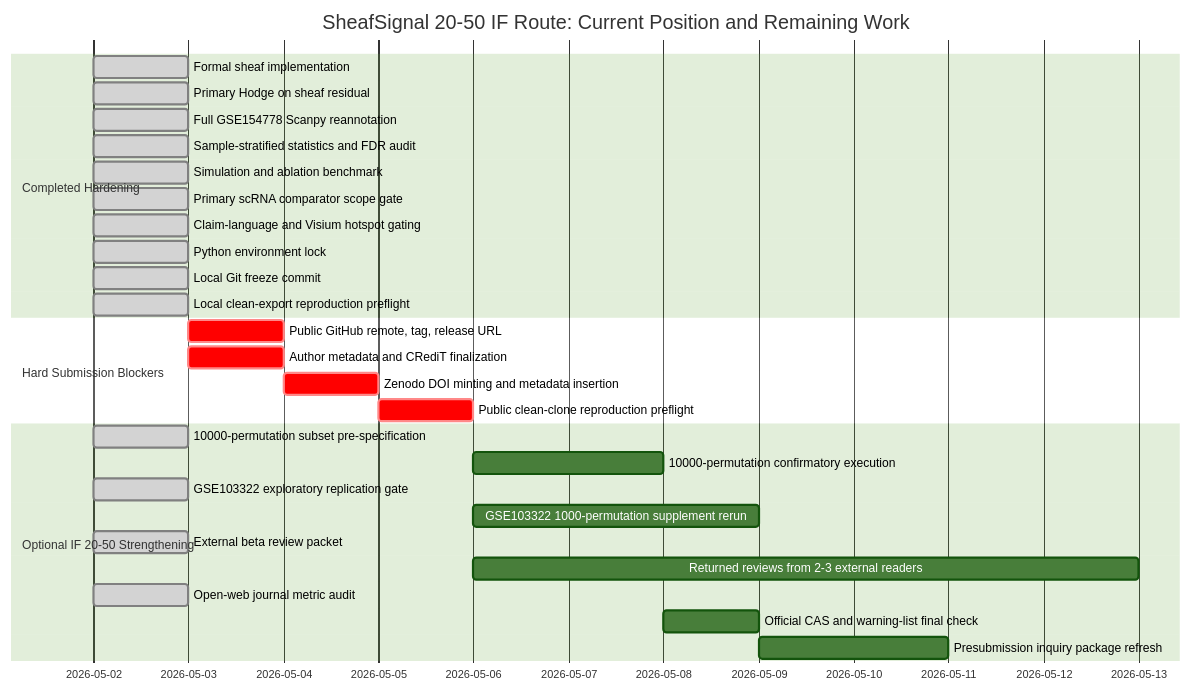
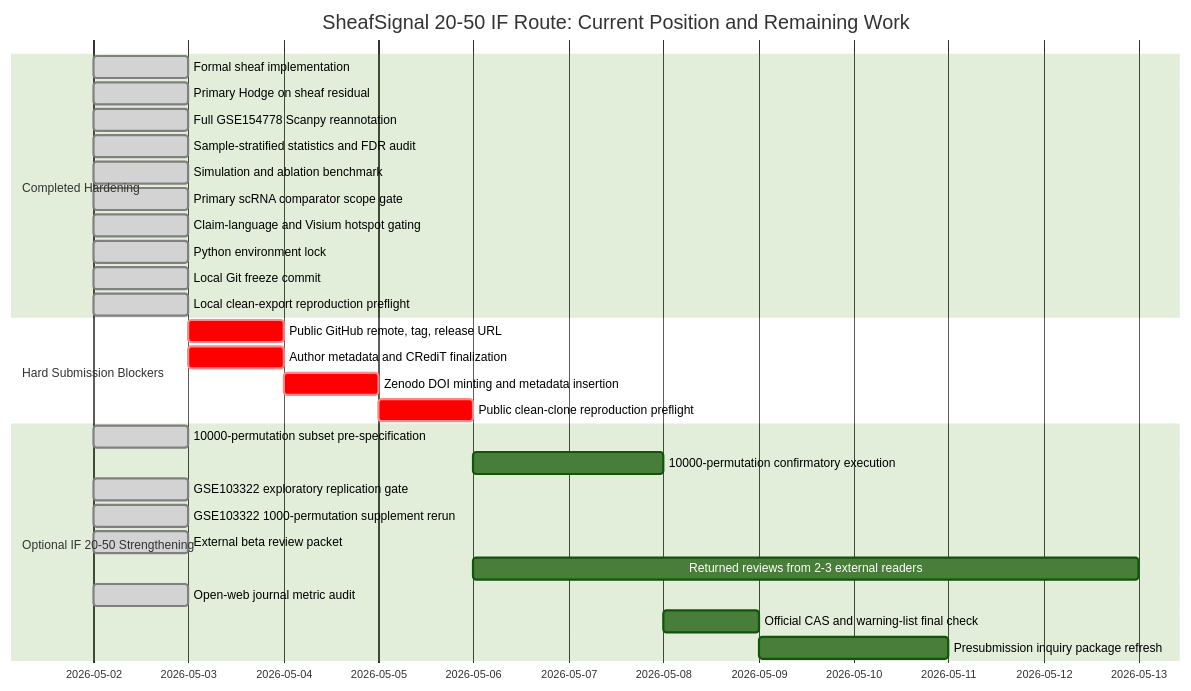
The diagram in manuscript/IF20_50_DISTANCE_REPORT.md (healthgreat/SheafSignal), drawn with Mermaid (forest theme) before and after one commit. The commit also changed other lines of this file and 27 other files, not shown here.

Commit message:
Complete GSE103322 replication rerun

````diff
--- a/manuscript/IF20_50_DISTANCE_REPORT.md
+++ b/manuscript/IF20_50_DISTANCE_REPORT.md
@@ -62,34 +62,34 @@
 ```mermaid
 gantt
     title SheafSignal 20-50 IF Route: Current Position and Remaining Work
     dateFormat  YYYY-MM-DD
 
     section Completed Hardening
     Formal sheaf implementation                  :done, 2026-05-02, 1d
     Primary Hodge on sheaf residual              :done, 2026-05-02, 1d
     Full GSE154778 Scanpy reannotation           :done, 2026-05-02, 1d
     Sample-stratified statistics and FDR audit   :done, 2026-05-02, 1d
     Simulation and ablation benchmark            :done, 2026-05-02, 1d
     Primary scRNA comparator scope gate          :done, 2026-05-02, 1d
     Claim-language and Visium hotspot gating     :done, 2026-05-02, 1d
     Python environment lock                      :done, 2026-05-02, 1d
     Local Git freeze commit                      :done, 2026-05-02, 1d
     Local clean-export reproduction preflight    :done, 2026-05-02, 1d
 
     section Hard Submission Blockers
     Public GitHub remote, tag, release URL       :crit, 2026-05-03, 1d
     Author metadata and CRediT finalization      :crit, 2026-05-03, 1d
     Zenodo DOI minting and metadata insertion    :crit, 2026-05-04, 1d
     Public clean-clone reproduction preflight    :crit, 2026-05-05, 1d
 
     section Optional IF 20-50 Strengthening
     10000-permutation subset pre-specification   :done, 2026-05-02, 1d
     10000-permutation confirmatory execution     :2026-05-06, 2d
     GSE103322 exploratory replication gate       :done, 2026-05-02, 1d
-    GSE103322 1000-permutation supplement rerun  :2026-05-06, 3d
+    GSE103322 1000-permutation supplement rerun  :done, 2026-05-02, 1d
     External beta review packet                  :done, 2026-05-02, 1d
     Returned reviews from 2-3 external readers   :2026-05-06, 7d
     Open-web journal metric audit                :done, 2026-05-02, 1d
     Official CAS and warning-list final check    :2026-05-08, 1d
     Presubmission inquiry package refresh        :2026-05-09, 2d
 ```
````
